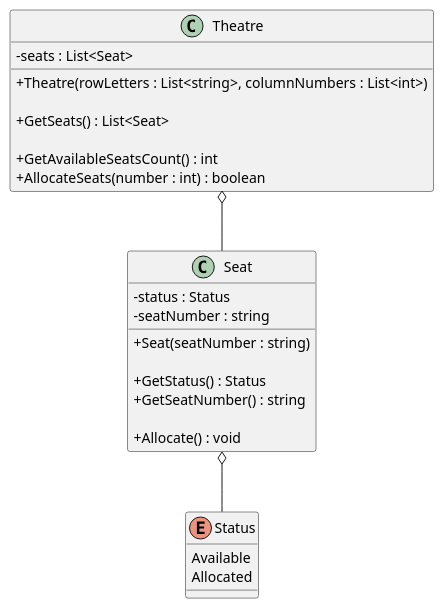
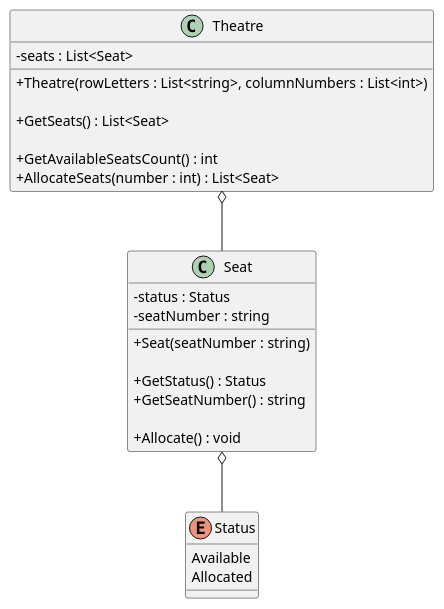
One commit to iamfranco/CinnamonCinemasChallenge changed the diagram in diagrams/cinnamonCinemas.puml. Above: the diagram before and after it, drawn with PlantUML. The commit also changed 3 other files, not shown here.

Commit message:
modify AllocateSeats method of Theatre class to return list of allocated seats, modify with unit test and UML diagram

```diff
--- a/diagrams/cinnamonCinemas.puml
+++ b/diagrams/cinnamonCinemas.puml
@@ -1,35 +1,35 @@
 @startuml "cinnamon cinemas"
 skinparam ClassAttributeIconSize 0
 
 class Theatre {
     - seats : List<Seat>
 
     + Theatre(rowLetters : List<string>, columnNumbers : List<int>)
 
     + GetSeats() : List<Seat>
 
     + GetAvailableSeatsCount() : int
-    + AllocateSeats(number : int) : boolean
+    + AllocateSeats(number : int) : List<Seat>
 }
 
 class Seat {
     - status : Status
     - seatNumber : string
 
     + Seat(seatNumber : string)
 
     + GetStatus() : Status
     + GetSeatNumber() : string
 
     + Allocate() : void
 }
 
 Enum Status {
     Available
     Allocated
 }
 
 Theatre o-- Seat
 Seat o-- Status
 
 @enduml
```
